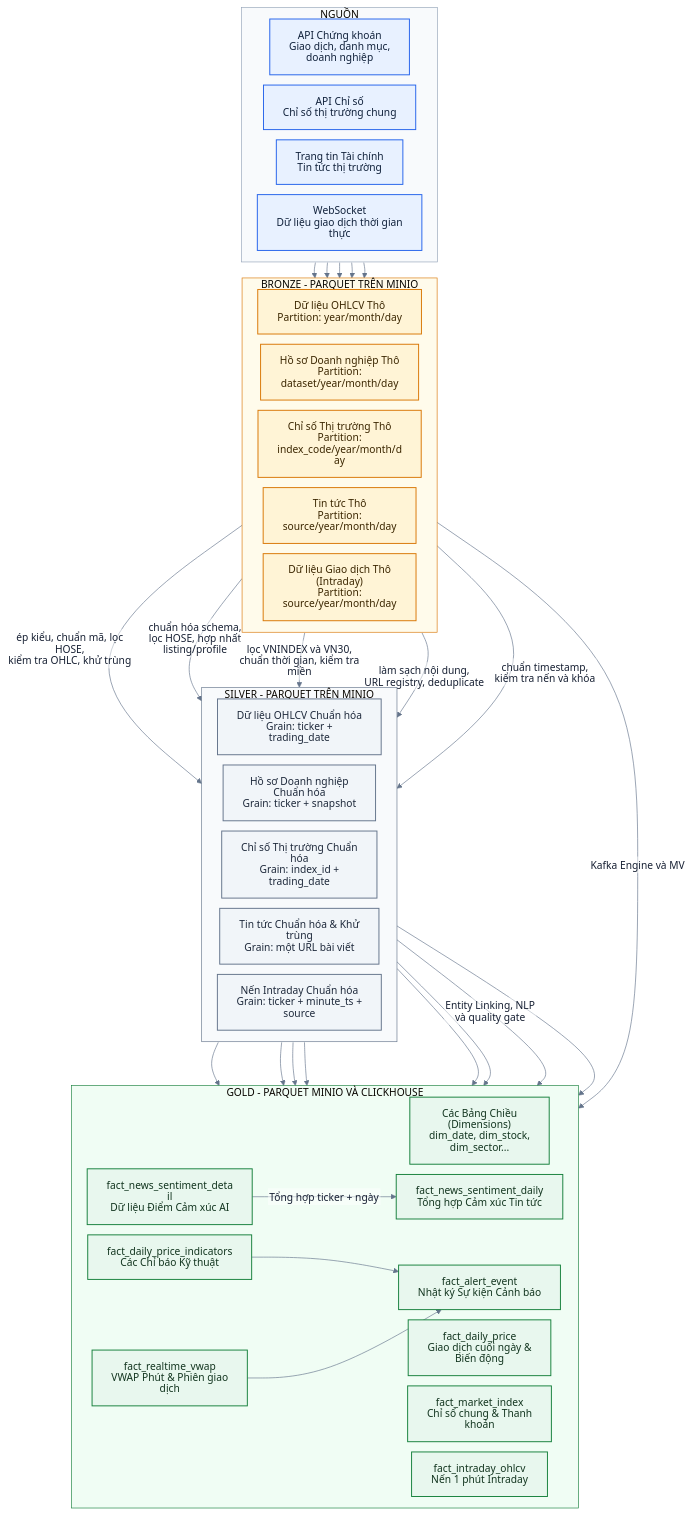
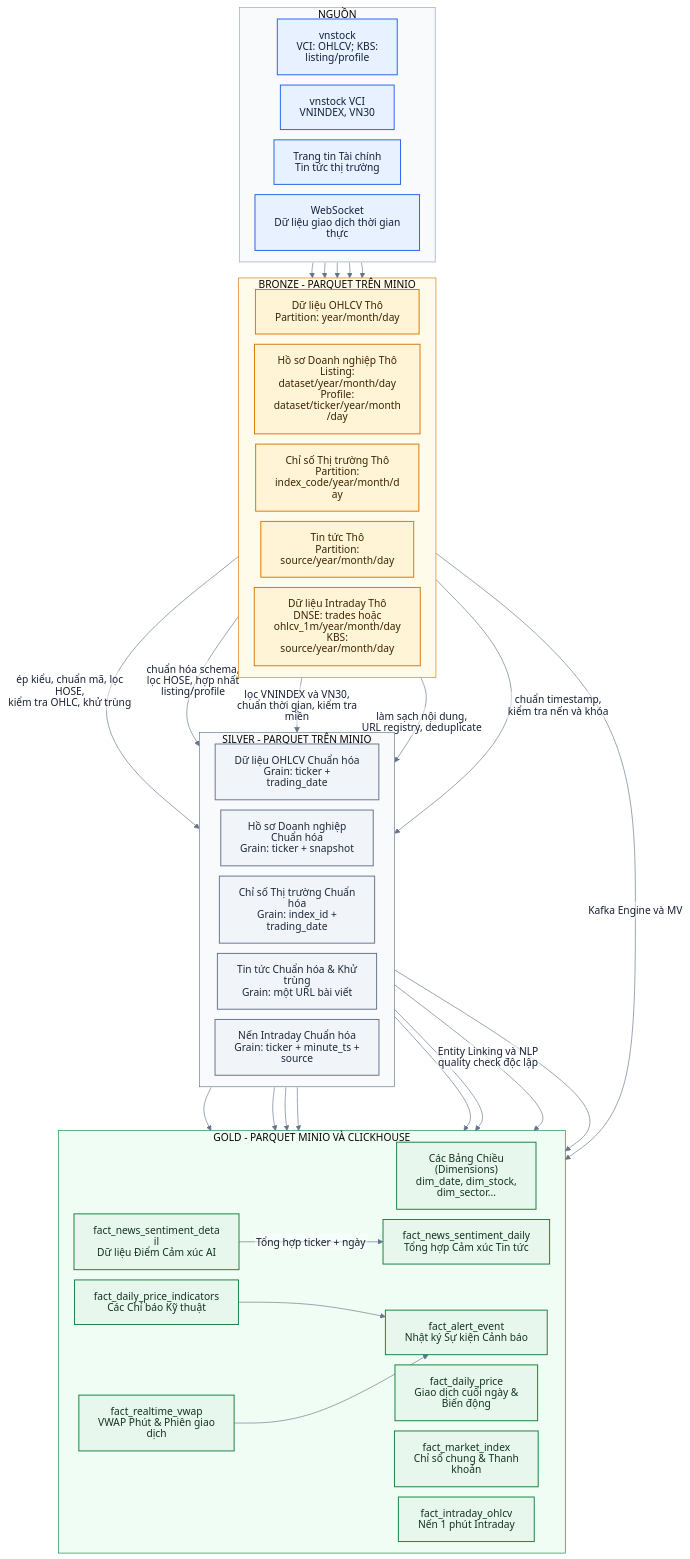
The diagram in docs/architecture/medallion_data_model.mmd (mihuyen/DataEngineerVDT), drawn with Mermaid before and after one commit. The commit also changed 5 other files, not shown here.

```diff
--- a/docs/architecture/medallion_data_model.mmd
+++ b/docs/architecture/medallion_data_model.mmd
@@ -1,76 +1,76 @@
 %%{init: {"theme":"base","htmlLabels":false,"flowchart":{"htmlLabels":false,"curve":"basis","nodeSpacing":16,"rankSpacing":24,"diagramPadding":6},"themeVariables":{"background":"#ffffff","primaryTextColor":"#172033","lineColor":"#64748b","clusterBkg":"#f8fafc","clusterBorder":"#94a3b8","edgeLabelBackground":"#ffffff","fontFamily":"Arial"}}}%%
 flowchart TB
   classDef source fill:#E8F1FF,stroke:#2563EB,color:#10213B,stroke-width:1.5px;
   classDef bronze fill:#FFF4D6,stroke:#D97706,color:#3B2600,stroke-width:1.5px;
   classDef silver fill:#F1F5F9,stroke:#64748B,color:#1E293B,stroke-width:1.5px;
   classDef gold fill:#E8F7EE,stroke:#16803C,color:#12351F,stroke-width:1.5px;
   classDef future fill:#FFFFFF,stroke:#7C3AED,color:#3B1D70,stroke-width:1.5px,stroke-dasharray:5 4;
 
   subgraph SRC[NGUỒN]
     direction LR
-    S1[API Chứng khoán<br/>Giao dịch, danh mục, doanh nghiệp]:::source
-    S2[API Chỉ số<br/>Chỉ số thị trường chung]:::source
+    S1[vnstock<br/>VCI: OHLCV; KBS: listing/profile]:::source
+    S2[vnstock VCI<br/>VNINDEX, VN30]:::source
     S3[Trang tin Tài chính<br/>Tin tức thị trường]:::source
     S4[WebSocket<br/>Dữ liệu giao dịch thời gian thực]:::source
   end
 
   subgraph B[BRONZE - PARQUET TRÊN MINIO]
     direction LR
     B1[Dữ liệu OHLCV Thô<br/>Partition: year/month/day]:::bronze
-    B2[Hồ sơ Doanh nghiệp Thô<br/>Partition: dataset/year/month/day]:::bronze
+    B2[Hồ sơ Doanh nghiệp Thô<br/>Listing: dataset/year/month/day<br/>Profile: dataset/ticker/year/month/day]:::bronze
     B3[Chỉ số Thị trường Thô<br/>Partition: index_code/year/month/day]:::bronze
     B4[Tin tức Thô<br/>Partition: source/year/month/day]:::bronze
-    B5["Dữ liệu Giao dịch Thô (Intraday)<br/>Partition: source/year/month/day"]:::bronze
+    B5["Dữ liệu Intraday Thô<br/>DNSE: trades hoặc ohlcv_1m/year/month/day<br/>KBS: source/year/month/day"]:::bronze
   end
 
   subgraph S[SILVER - PARQUET TRÊN MINIO]
     direction LR
     S1V[Dữ liệu OHLCV Chuẩn hóa<br/>Grain: ticker + trading_date]:::silver
     S2V[Hồ sơ Doanh nghiệp Chuẩn hóa<br/>Grain: ticker + snapshot]:::silver
     S3V[Chỉ số Thị trường Chuẩn hóa<br/>Grain: index_id + trading_date]:::silver
     S4V[Tin tức Chuẩn hóa & Khử trùng<br/>Grain: một URL bài viết]:::silver
     S5V[Nến Intraday Chuẩn hóa<br/>Grain: ticker + minute_ts + source]:::silver
   end
 
   subgraph G[GOLD - PARQUET MINIO VÀ CLICKHOUSE]
     direction LR
     G1["Các Bảng Chiều (Dimensions)<br/>dim_date, dim_stock, dim_sector..."]:::gold
     G2[fact_daily_price<br/>Giao dịch cuối ngày & Biến động]:::gold
     G3[fact_daily_price_indicators<br/>Các Chỉ báo Kỹ thuật]:::gold
     G4[fact_market_index<br/>Chỉ số chung & Thanh khoản]:::gold
     G5[fact_intraday_ohlcv<br/>Nến 1 phút Intraday]:::gold
     G6[fact_realtime_vwap<br/>VWAP Phút & Phiên giao dịch]:::gold
     G7[fact_news_sentiment_detail<br/>Dữ liệu Điểm Cảm xúc AI]:::gold
     G8[fact_alert_event<br/>Nhật ký Sự kiện Cảnh báo]:::gold
     G9[fact_news_sentiment_daily<br/>Tổng hợp Cảm xúc Tin tức]:::gold
   end
 
   S1 --> B1
   S1 --> B2
   S2 --> B3
   S3 --> B4
   S4 --> B5
 
   B1 -->|ép kiểu, chuẩn mã, lọc HOSE,<br/>kiểm tra OHLC, khử trùng| S1V
   B2 -->|chuẩn hóa schema,<br/>lọc HOSE, hợp nhất listing/profile| S2V
   B3 -->|lọc VNINDEX và VN30,<br/>chuẩn thời gian, kiểm tra miền| S3V
   B4 -->|làm sạch nội dung,<br/>URL registry, deduplicate| S4V
   B5 -->|chuẩn timestamp,<br/>kiểm tra nến và khóa| S5V
 
   S1V --> G2
   S1V --> G3
   S1V --> G1
   S2V --> G1
   S3V --> G1
   S3V --> G4
-  S4V -->|Entity Linking, NLP<br/>và quality gate| G7
+  S4V -->|Entity Linking và NLP<br/>quality check độc lập| G7
   G7 -->|Tổng hợp ticker + ngày| G9
   S5V --> G5
   B5 -->|Kafka Engine và MV| G6
   G3 --> G8
   G6 --> G8
 
   style SRC fill:#F8FAFC,stroke:#94A3B8,color:#172033
   style B fill:#FFFBEB,stroke:#D97706,color:#172033
   style S fill:#F8FAFC,stroke:#64748B,color:#172033
   style G fill:#F0FDF4,stroke:#16803C,color:#172033
```
